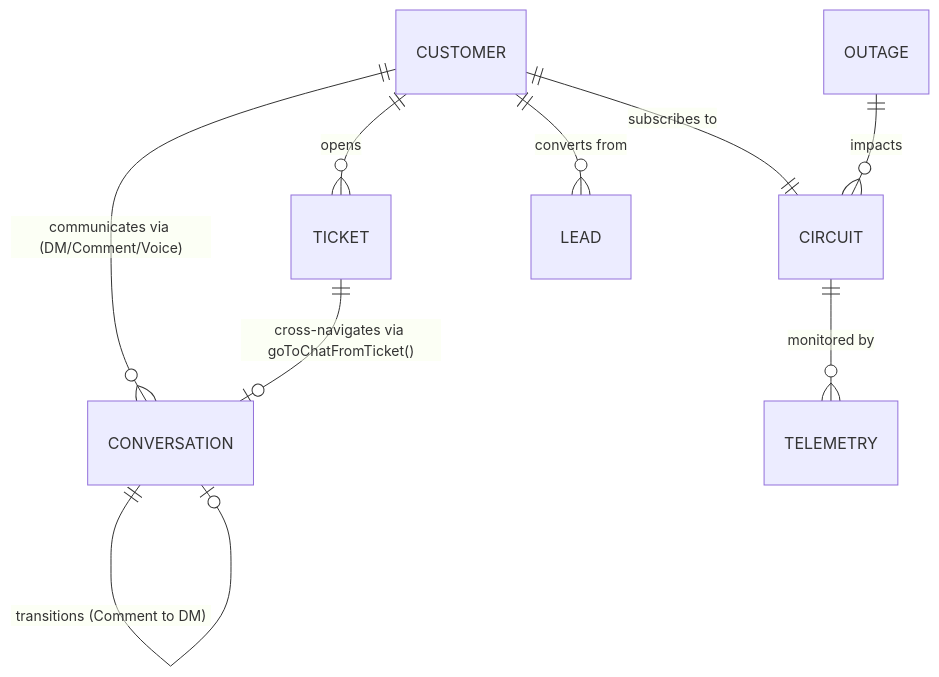
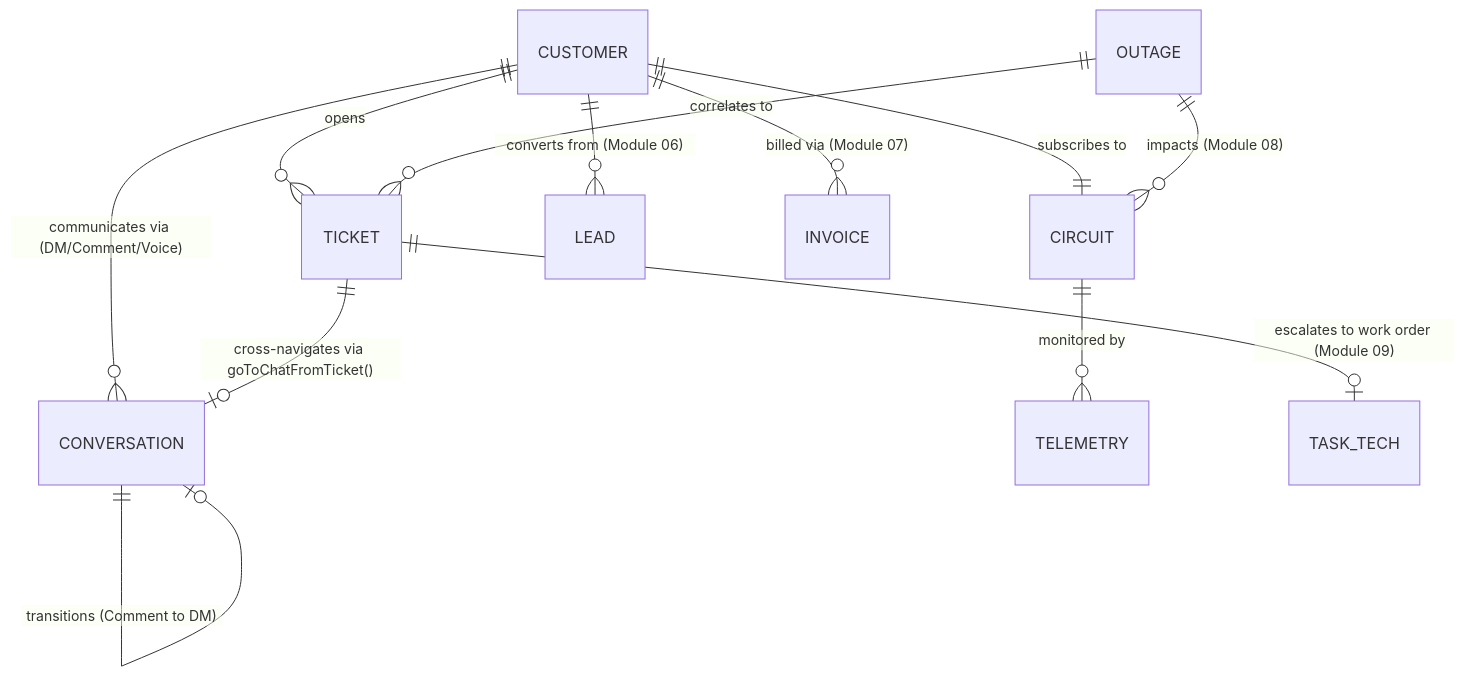
One commit to lEVI2889/spacenet changed the diagram in docs/SHARED_DATA_CONTRACT.md. Above: the diagram before and after it, drawn with Mermaid. The commit also changed other lines of this file and 4 other files, not shown here.

Commit message:
feat(support): complete module 03 ticketing, customer verification & QA routing

````diff
--- a/docs/SHARED_DATA_CONTRACT.md
+++ b/docs/SHARED_DATA_CONTRACT.md
@@ -277,11 +448,14 @@
 ```mermaid
 erDiagram
     CUSTOMER ||--o{ CONVERSATION : "communicates via (DM/Comment/Voice)"
     CUSTOMER ||--o{ TICKET : "opens"
     CUSTOMER ||--|| CIRCUIT : "subscribes to"
     CIRCUIT ||--o{ TELEMETRY : "monitored by"
-    CUSTOMER ||--o{ LEAD : "converts from"
+    CUSTOMER ||--o{ LEAD : "converts from (Module 06)"
+    CUSTOMER ||--o{ INVOICE : "billed via (Module 07)"
     TICKET ||--o| CONVERSATION : "cross-navigates via goToChatFromTicket()"
-    OUTAGE ||--o{ CIRCUIT : "impacts"
+    TICKET ||--o| TASK_TECH : "escalates to work order (Module 09)"
+    OUTAGE ||--o{ CIRCUIT : "impacts (Module 08)"
+    OUTAGE ||--o{ TICKET : "correlates to"
     CONVERSATION ||--o| CONVERSATION : "transitions (Comment to DM)"
 ```
````
